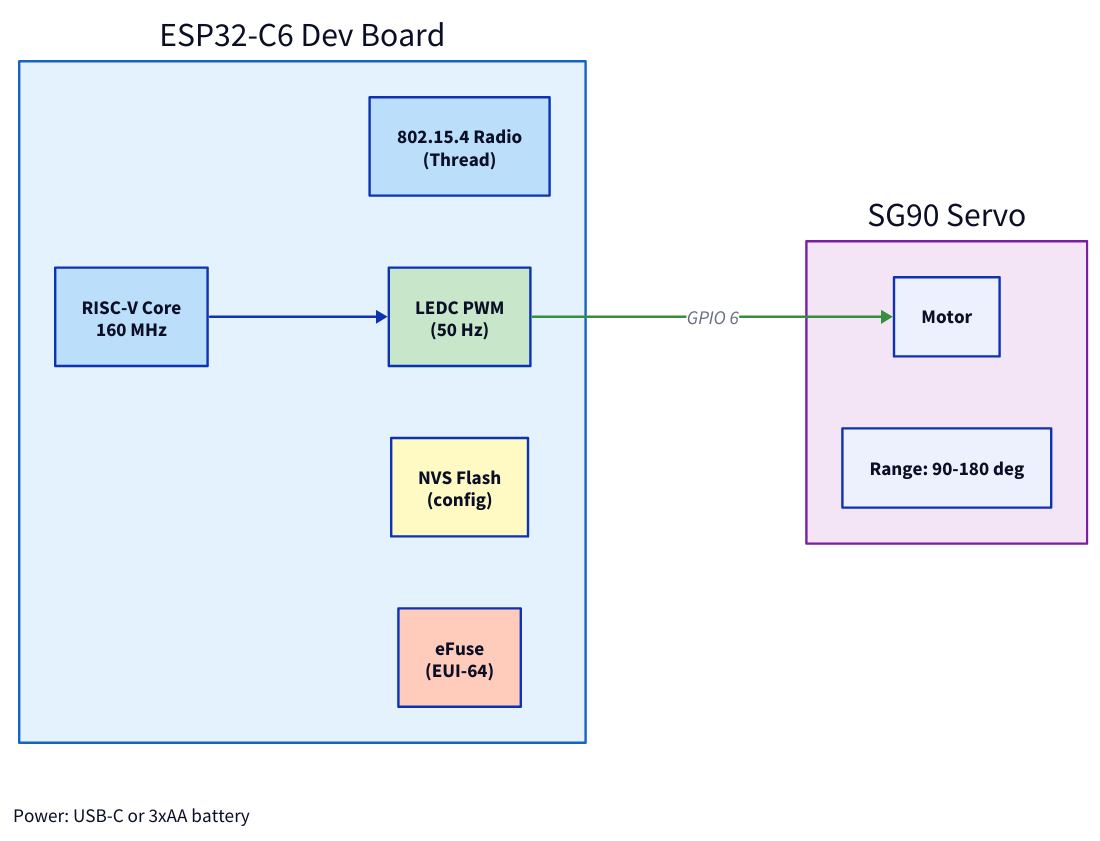
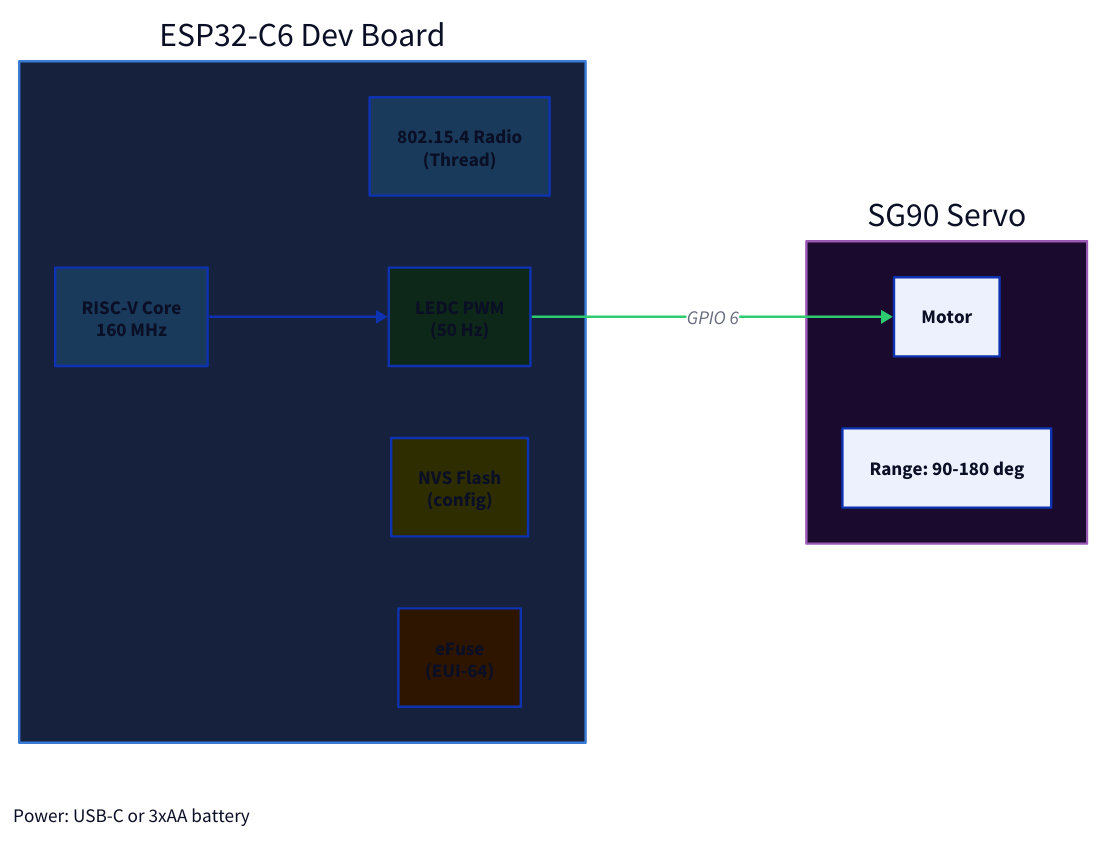
The diagram in docs/diagrams/vent-node.d2 (EtaCassiopeia/smart-vent), drawn with D2 before and after one commit. The commit also changed 17 other files, not shown here.

First line of the commit message:
Switch D2 diagrams to dark color palette

```diff
--- a/docs/diagrams/vent-node.d2
+++ b/docs/diagrams/vent-node.d2
@@ -1,43 +1,43 @@
 direction: right
 
 esp32: ESP32-C6 Dev Board {
-  style.fill: "#e3f2fd"
-  style.stroke: "#1565c0"
+  style.fill: "#16213e"
+  style.stroke: "#3a7bd5"
 
   cpu: RISC-V Core\n160 MHz {
-    style.fill: "#bbdefb"
+    style.fill: "#1a3a5c"
   }
   radio: 802.15.4 Radio\n(Thread) {
-    style.fill: "#bbdefb"
+    style.fill: "#1a3a5c"
   }
   ledc: LEDC PWM\n(50 Hz) {
-    style.fill: "#c8e6c9"
+    style.fill: "#0d2818"
   }
   nvs: NVS Flash\n(config) {
-    style.fill: "#fff9c4"
+    style.fill: "#2d2d00"
   }
   efuse: eFuse\n(EUI-64) {
-    style.fill: "#ffccbc"
+    style.fill: "#2d1500"
   }
 
   cpu -> ledc
 }
 
 servo: SG90 Servo {
-  style.fill: "#f3e5f5"
-  style.stroke: "#7b1fa2"
+  style.fill: "#1a0a2e"
+  style.stroke: "#9b59b6"
 
   motor: Motor
   range: "Range: 90-180 deg"
 }
 
 esp32.ledc -> servo.motor: GPIO 6 {
-  style.stroke: "#388e3c"
+  style.stroke: "#2ecc71"
   style.stroke-width: 2
 }
 
 power: "Power: USB-C or 3xAA battery" {
-  style.fill: "#fff3e0"
-  style.stroke: "#ef6c00"
+  style.fill: "#2d1b00"
+  style.stroke: "#e68a00"
   shape: text
 }
```
